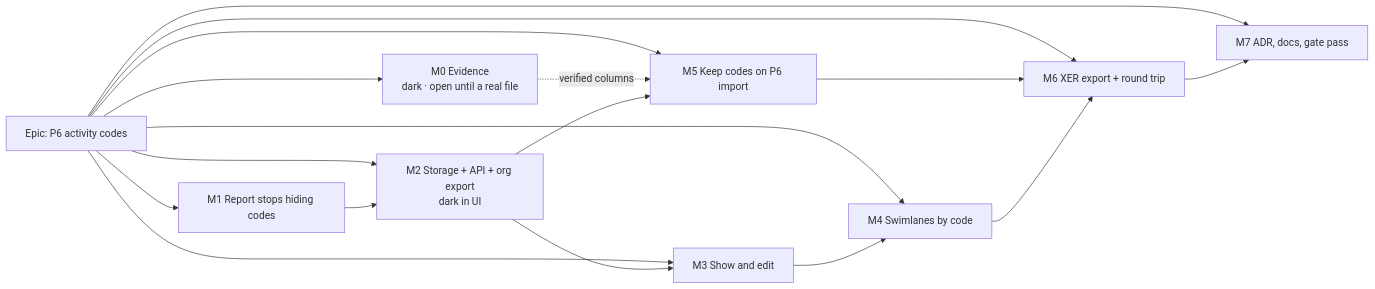
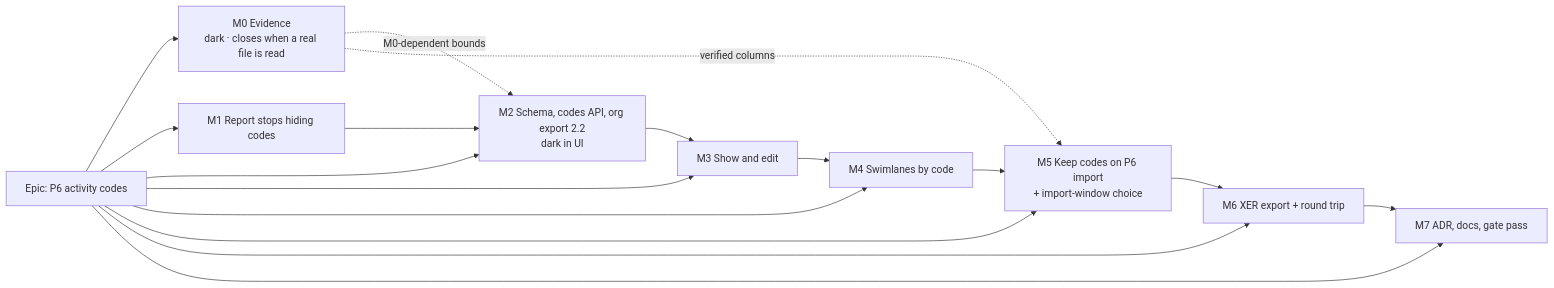
Before and after one commit to HuttonHomeHub/SchedulePoint_1: the diagram in docs/specs/p6-activity-codes/plan.md, drawn with Mermaid. The commit also changed other lines of this file and 2 other files, not shown here.

First line of the commit message:
docs(docs): add the database design and fold it into the P6 activity-codes spec

````diff
--- a/docs/specs/p6-activity-codes/plan.md
+++ b/docs/specs/p6-activity-codes/plan.md
@@ -16,16 +19,16 @@
 ```mermaid
 flowchart LR
-  E[Epic: P6 activity codes] --> M0[M0 Evidence<br/>dark · open until a real file]
+  E[Epic: P6 activity codes] --> M0[M0 Evidence<br/>dark · closes when a real file is read]
   E --> M1[M1 Report stops hiding codes]
-  E --> M2[M2 Storage + API + org export<br/>dark in UI]
+  E --> M2[M2 Schema, codes API, org export 2.2<br/>dark in UI]
   E --> M3[M3 Show and edit]
   E --> M4[M4 Swimlanes by code]
-  E --> M5[M5 Keep codes on P6 import]
+  E --> M5[M5 Keep codes on P6 import<br/>+ import-window choice]
   E --> M6[M6 XER export + round trip]
   E --> M7[M7 ADR, docs, gate pass]
   M1 --> M2 --> M3 --> M4
+  M0 -. M0-dependent bounds .-> M2
   M0 -. verified columns .-> M5 --> M6
-  M2 --> M5
-  M4 --> M6
+  M4 --> M5
   M6 --> M7
 ```
````
